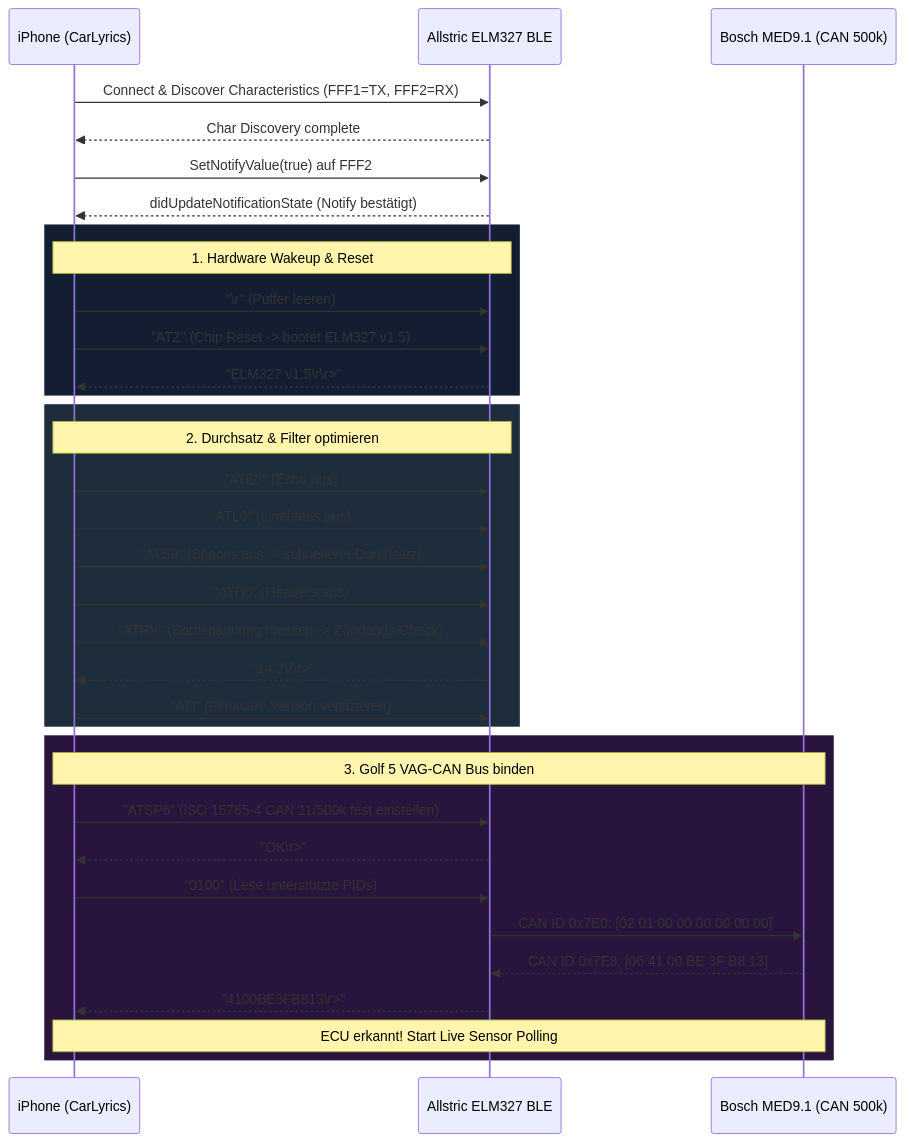
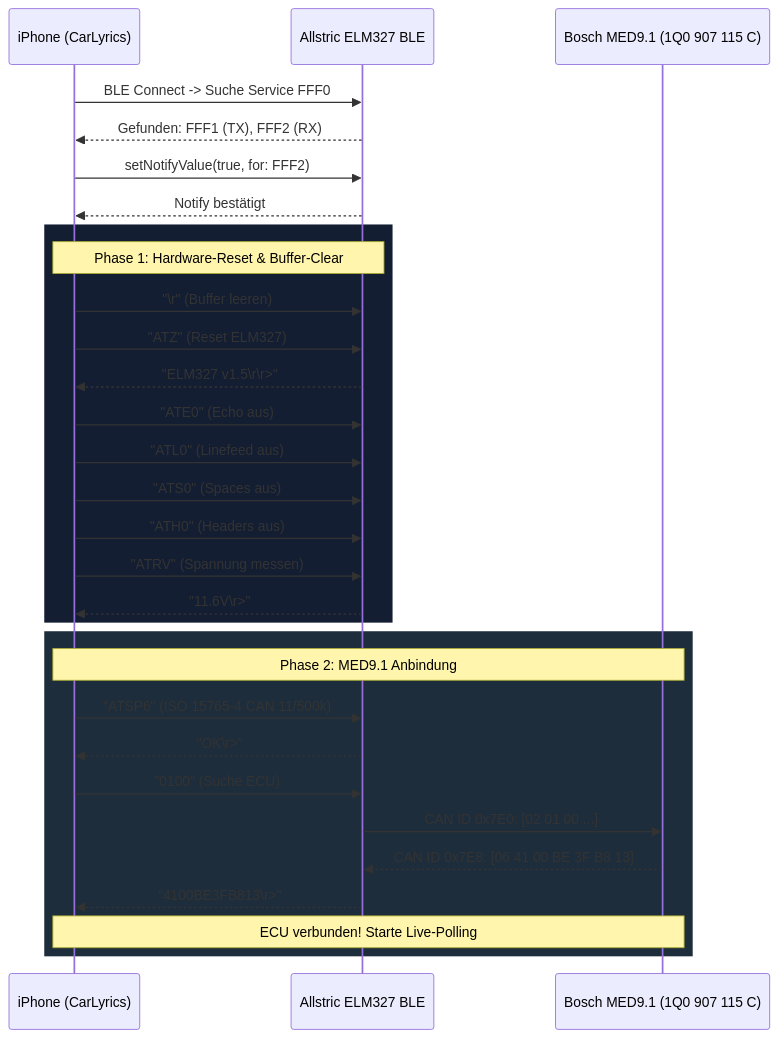
The diagram in HARDWARE_VEHICLE_SPECS.md (slapthedodo/carplay-lyrics-app), drawn with Mermaid before and after one commit. The commit also changed other lines of this file and 1 other file, not shown here.

Commit message:
Docs & Fix: add exact Bosch MED9.1 1Q0907115C / TP2.0 specs, Allstric ELM327 details, and strict line limit guidelines

````diff
--- a/HARDWARE_VEHICLE_SPECS.md
+++ b/HARDWARE_VEHICLE_SPECS.md
@@ -93,40 +115,35 @@
 ```mermaid
 sequenceDiagram
     participant iPhone as iPhone (CarLyrics)
     participant BLE as Allstric ELM327 BLE
-    participant ECU as Bosch MED9.1 (CAN 500k)
+    participant ECU as Bosch MED9.1 (1Q0 907 115 C)
 
-    iPhone->>BLE: Connect & Discover Characteristics (FFF1=TX, FFF2=RX)
-    BLE-->>iPhone: Char Discovery complete
-    iPhone->>BLE: SetNotifyValue(true) auf FFF2
-    BLE-->>iPhone: didUpdateNotificationState (Notify bestätigt)
-    
+    iPhone->>BLE: BLE Connect -> Suche Service FFF0
+    BLE-->>iPhone: Gefunden: FFF1 (TX), FFF2 (RX)
+    iPhone->>BLE: setNotifyValue(true, for: FFF2)
+    BLE-->>iPhone: Notify bestätigt
+
     rect rgb(20, 30, 50)
-    Note over iPhone,BLE: 1. Hardware Wakeup & Reset
-    iPhone->>BLE: "\r" (Puffer leeren)
-    iPhone->>BLE: "ATZ" (Chip Reset -> bootet ELM327 v1.5)
+    Note over iPhone,BLE: Phase 1: Hardware-Reset & Buffer-Clear
+    iPhone->>BLE: "\r" (Buffer leeren)
+    iPhone->>BLE: "ATZ" (Reset ELM327)
     BLE-->>iPhone: "ELM327 v1.5\r\r>"
+    iPhone->>BLE: "ATE0" (Echo aus)
+    iPhone->>BLE: "ATL0" (Linefeed aus)
+    iPhone->>BLE: "ATS0" (Spaces aus)
+    iPhone->>BLE: "ATH0" (Headers aus)
+    iPhone->>BLE: "ATRV" (Spannung messen)
+    BLE-->>iPhone: "11.6V\r>"
     end
 
     rect rgb(30, 45, 60)
-    Note over iPhone,BLE: 2. Durchsatz & Filter optimieren
-    iPhone->>BLE: "ATE0" (Echo aus)
-    iPhone->>BLE: "ATL0" (Linefeeds aus)
-    iPhone->>BLE: "ATS0" (Spaces aus -> schnellerer Durchsatz)
-    iPhone->>BLE: "ATH0" (Headers aus)
-    iPhone->>BLE: "ATRV" (Bordspannung messen -> Zündungs-Check)
-    BLE-->>iPhone: "14.2V\r>"
-    iPhone->>BLE: "ATI"  (Firmware Version verifizieren)
-    end
-
-    rect rgb(40, 20, 60)
-    Note over iPhone,ECU: 3. Golf 5 VAG-CAN Bus binden
-    iPhone->>BLE: "ATSP6" (ISO 15765-4 CAN 11/500k fest einstellen)
+    Note over iPhone,ECU: Phase 2: MED9.1 Anbindung
+    iPhone->>BLE: "ATSP6" (ISO 15765-4 CAN 11/500k)
     BLE-->>iPhone: "OK\r>"
-    iPhone->>BLE: "0100" (Lese unterstützte PIDs)
-    BLE->>ECU: CAN ID 0x7E0: [02 01 00 00 00 00 00 00]
+    iPhone->>BLE: "0100" (Suche ECU)
+    BLE->>ECU: CAN ID 0x7E0: [02 01 00 ...]
     ECU-->>BLE: CAN ID 0x7E8: [06 41 00 BE 3F B8 13]
     BLE-->>iPhone: "4100BE3FB813\r>"
-    Note over iPhone,ECU: ECU erkannt! Start Live Sensor Polling
+    Note over iPhone,ECU: ECU verbunden! Starte Live-Polling
     end
 ```
````
